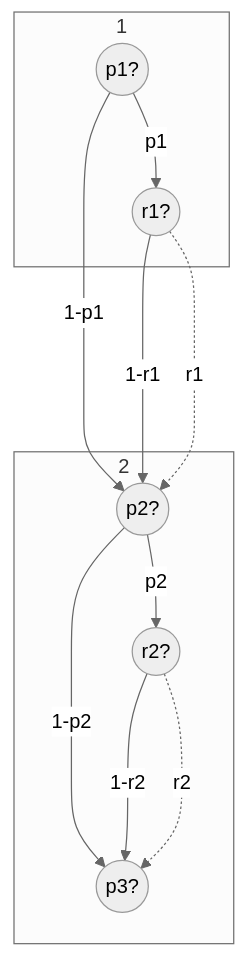
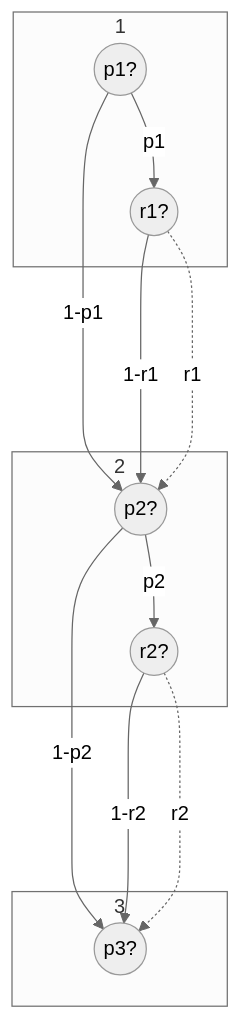
The fifth of 6 diagrams in vault/sem2/AuW/UE/cx/bf/cx07-bf.md (bfeitknecht/vault), drawn with Mermaid (neutral theme) before and after one commit.

Commit message:
vault backup: 2024-05-06 14:06:07 from MacBook Pro (echo)
Affected files:
vault/sem2/AuW/UE/cx/bf/cx07-bf.md

````diff
--- a/vault/sem2/AuW/UE/cx/bf/cx07-bf.md
+++ b/vault/sem2/AuW/UE/cx/bf/cx07-bf.md
@@ -198,26 +198,31 @@
 ```mermaid
 flowchart TD
+
+subgraph 3
+id7((p3?))
+end
+
 
 subgraph 2
 id3((p2?))
 id6((r2?))
-id7((p3?))
+
 
 id3-->|"1-p2"|id7
 id3-->|"p2"|id6
 id6-->|"1-r2"|id7
 id6-..->|"r2"|id7
 end
 
 
 subgraph 1
 id1((p1?))
 id2((r1?))
 
 id1-->|"1-p1"|id3
 id1-->|"p1"|id2
 id2-->|"1-r1"|id3
 id2-..->|"r1"|id3
 end
 
 ```
````
